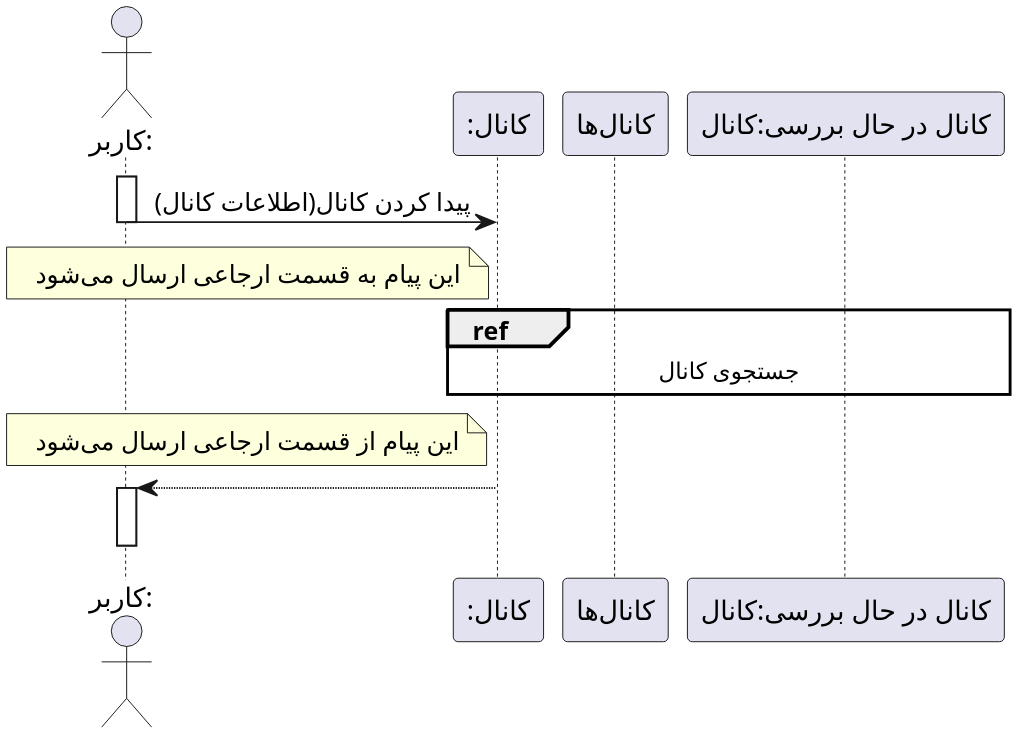
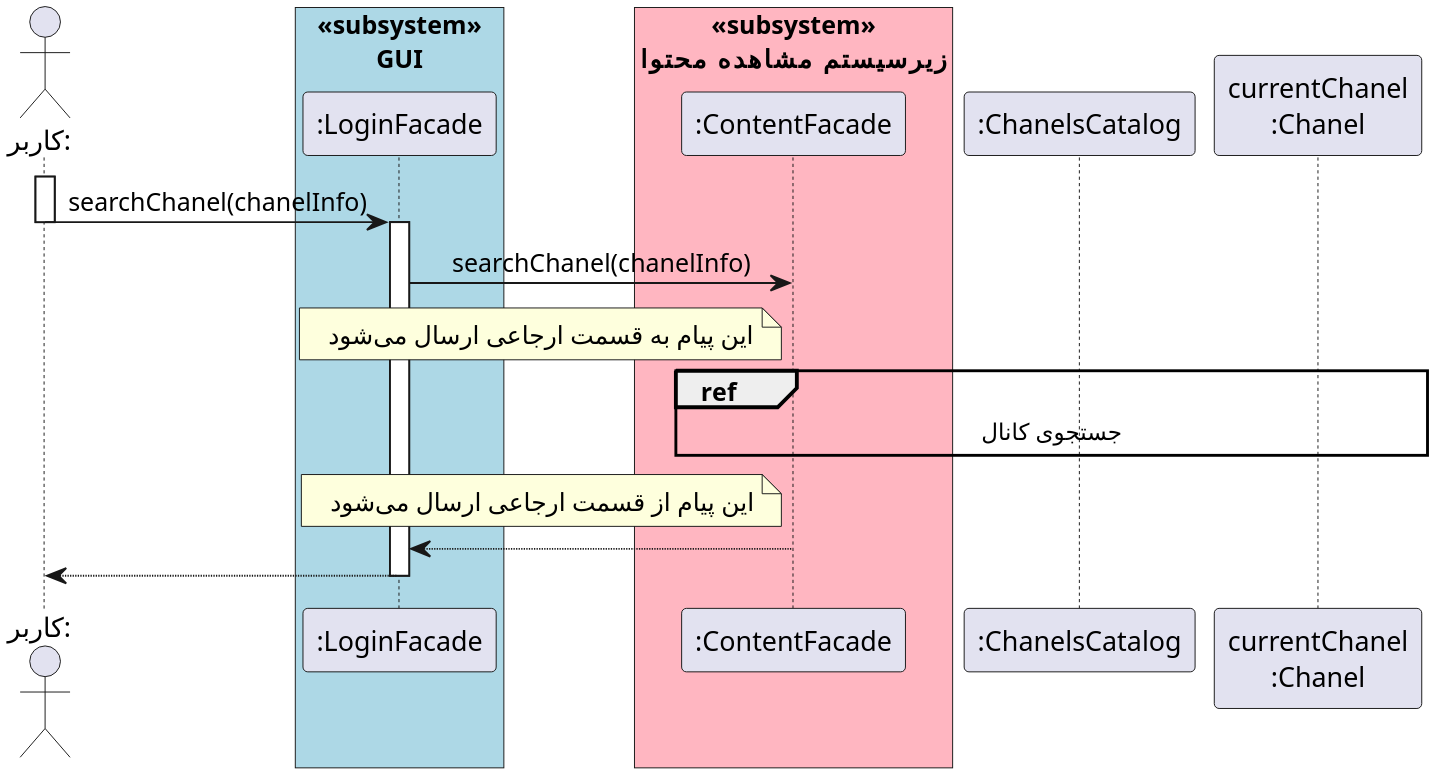
Before and after one commit to soleyman79/Qasedak: the diagram in Diagrams/Design Sequence/SearchChanel_U.puml, drawn with PlantUML. The commit also changed 1 other file, not shown here.

Commit message:
Add search chanel

```diff
--- a/Diagrams/Design Sequence/SearchChanel_U.puml
+++ b/Diagrams/Design Sequence/SearchChanel_U.puml
@@ -1,35 +1,42 @@
 @startuml search_chanel_usecase
 
 
 scale 3
 skinparam DefaultFontName Vazir
 skinparam DefaultTextAlignment center
 
 
 actor "کاربر:" as user
-participant ":کانال" as chanel
-participant "کانال‌ها" as chanels
-participant "کانال در حال بررسی:کانال" as current_chanel
+box "«subsystem»\nGUI" #LightBlue
+participant ":LoginFacade" as ui
+end box
+box "«subsystem»\nزیرسیستم مشاهده محتوا" #LightPink
+participant ":ContentFacade" as contentFacade
+end box
+participant ":ChanelsCatalog" as chanels
+participant "currentChanel\n:Chanel" as currentChanel
 
 
 activate user
-user -> chanel : پیدا کردن کانال(اطلاعات کانال)
+user -> ui: searchChanel(chanelInfo)
 deactivate user
+activate ui
+ui -> contentFacade: searchChanel(chanelInfo)
 
-note left chanel
+note left contentFacade
 این پیام به قسمت ارجاعی ارسال می‌شود
 end note
 
-ref over chanel, chanels, current_chanel : جستجوی کانال
+ref over contentFacade, chanels, currentChanel: جستجوی کانال
 
-note left chanel
+note left contentFacade
 این پیام از قسمت ارجاعی ارسال می‌شود
 end note
 
-chanel --> user
-
-activate user
+contentFacade --> ui
+ui --> user
+deactivate ui
 deactivate user
 
 
 @enduml
```
